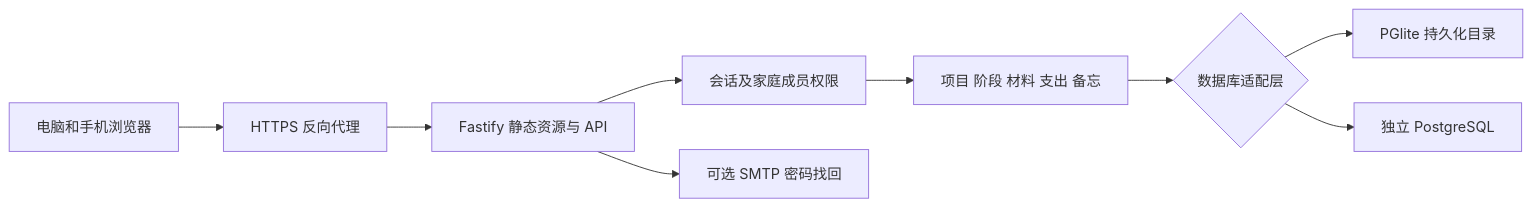
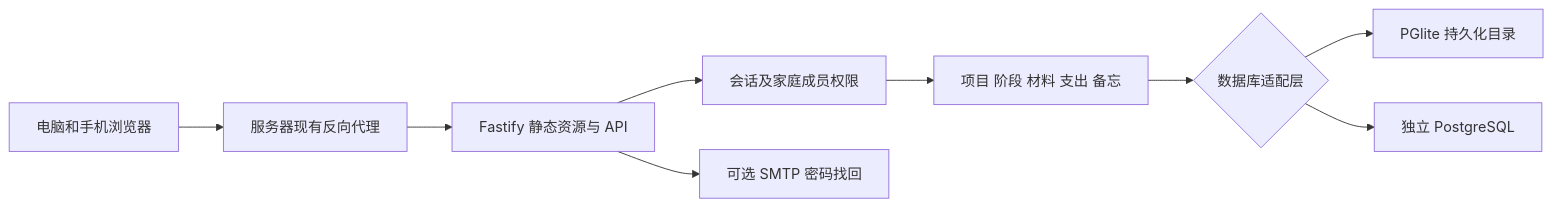
The diagram in docs/architecture.md (dddyszy/renovation_assistant_web), drawn with Mermaid before and after one commit. The commit also changed other lines of this file and 29 other files, not shown here.

````diff
--- a/docs/architecture.md
+++ b/docs/architecture.md
@@ -5,11 +5,11 @@
 ```mermaid
 flowchart LR
-    A[电脑和手机浏览器] --> B[HTTPS 反向代理]
+    A[电脑和手机浏览器] --> B[服务器现有反向代理]
     B --> C[Fastify 静态资源与 API]
     C --> D[会话及家庭成员权限]
     D --> E[项目 阶段 材料 支出 备忘]
     E --> F{数据库适配层}
     F --> G[PGlite 持久化目录]
     F --> H[独立 PostgreSQL]
     C --> I[可选 SMTP 密码找回]
 ```
````
